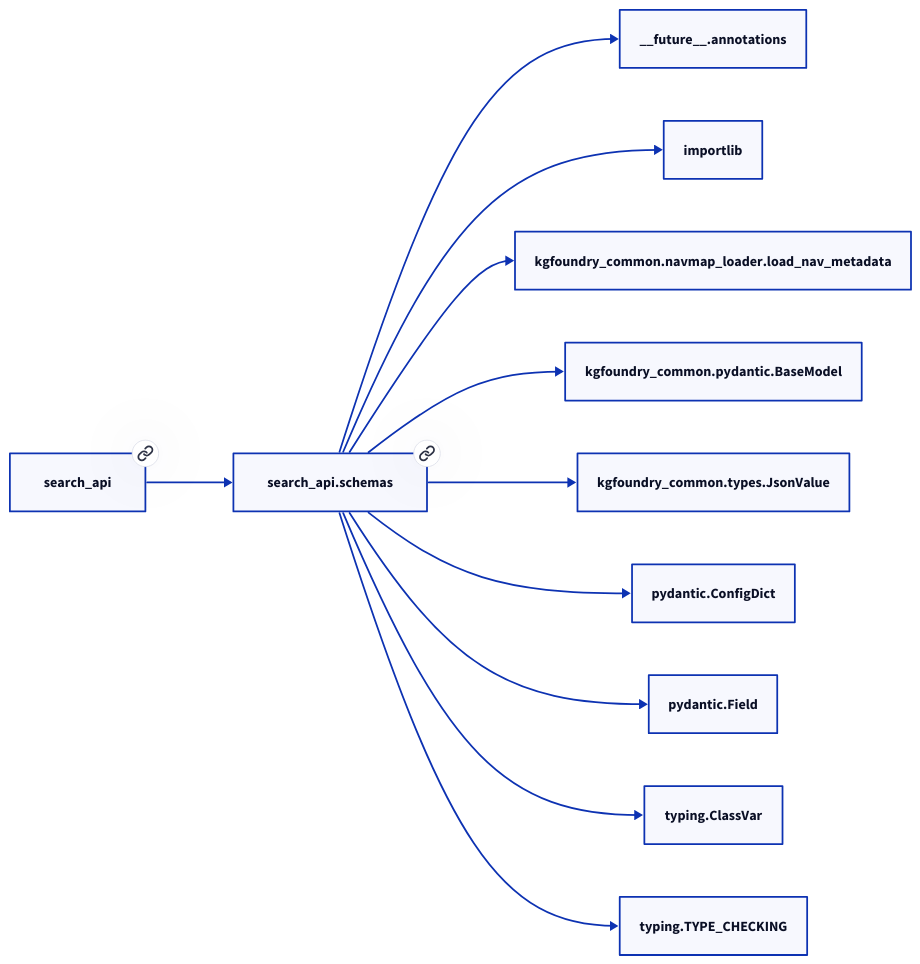
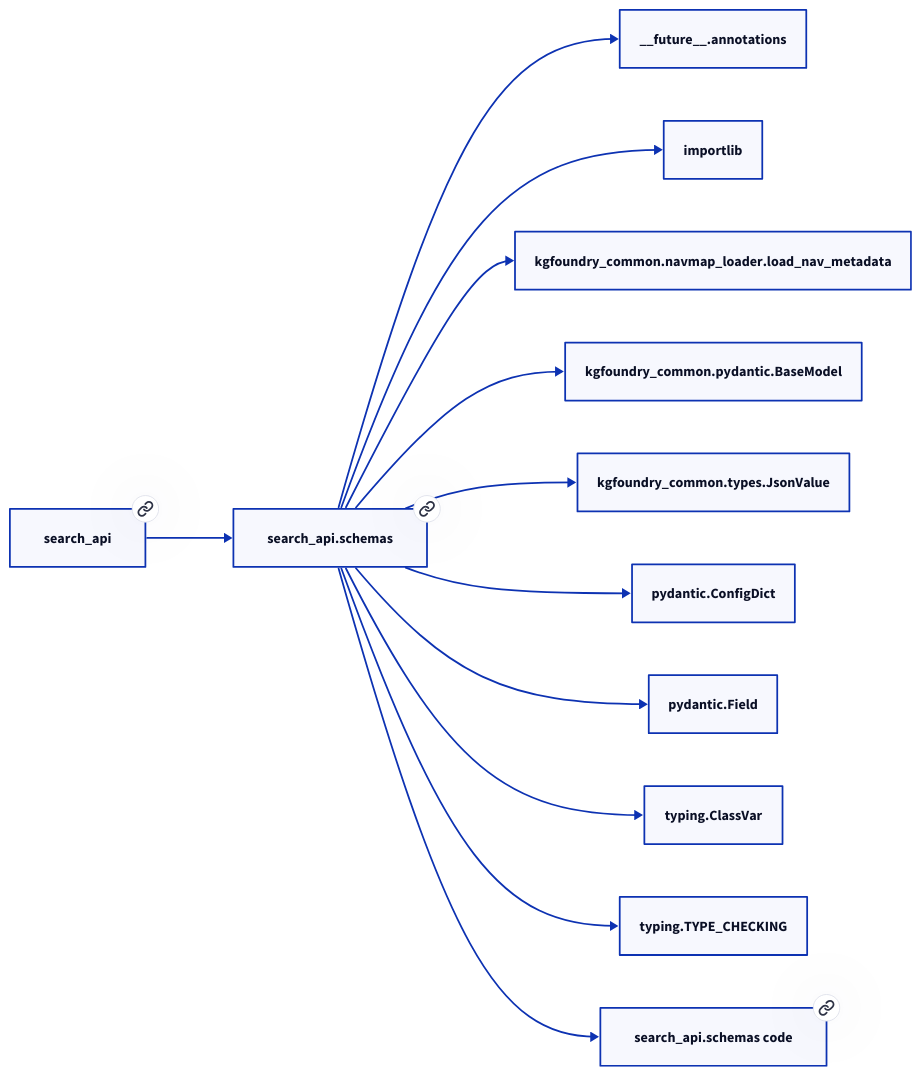
The second of 2 diagrams in docs/modules/search_api/schemas.md (paul-heyse/kgforge), drawn with D2 before and after one commit. The commit also changed other lines of this file and 319 other files, not shown here.

````diff
--- a/docs/modules/search_api/schemas.md
+++ b/docs/modules/search_api/schemas.md
@@ -56,24 +58,26 @@
 ```d2
 direction: right
-"search_api.schemas": "search_api.schemas" { link: "schemas.md" }
+"search_api.schemas": "search_api.schemas" { link: "./search_api/schemas.md" }
 "__future__.annotations": "__future__.annotations"
 "search_api.schemas" -> "__future__.annotations"
 "importlib": "importlib"
 "search_api.schemas" -> "importlib"
 "kgfoundry_common.navmap_loader.load_nav_metadata": "kgfoundry_common.navmap_loader.load_nav_metadata"
 "search_api.schemas" -> "kgfoundry_common.navmap_loader.load_nav_metadata"
 "kgfoundry_common.pydantic.BaseModel": "kgfoundry_common.pydantic.BaseModel"
 "search_api.schemas" -> "kgfoundry_common.pydantic.BaseModel"
 "kgfoundry_common.types.JsonValue": "kgfoundry_common.types.JsonValue"
 "search_api.schemas" -> "kgfoundry_common.types.JsonValue"
 "pydantic.ConfigDict": "pydantic.ConfigDict"
 "search_api.schemas" -> "pydantic.ConfigDict"
 "pydantic.Field": "pydantic.Field"
 "search_api.schemas" -> "pydantic.Field"
 "typing.ClassVar": "typing.ClassVar"
 "search_api.schemas" -> "typing.ClassVar"
 "typing.TYPE_CHECKING": "typing.TYPE_CHECKING"
 "search_api.schemas" -> "typing.TYPE_CHECKING"
-"search_api": "search_api" { link: "../search_api.md" }
+"search_api": "search_api" { link: "./search_api.md" }
 "search_api" -> "search_api.schemas"
+"search_api.schemas_code": "search_api.schemas code" { link: "https://github.com/kgfoundry/kgfoundry/blob/main/src/search_api/schemas.py" }
+"search_api.schemas" -> "search_api.schemas_code" { style: dashed }
 ```
````
